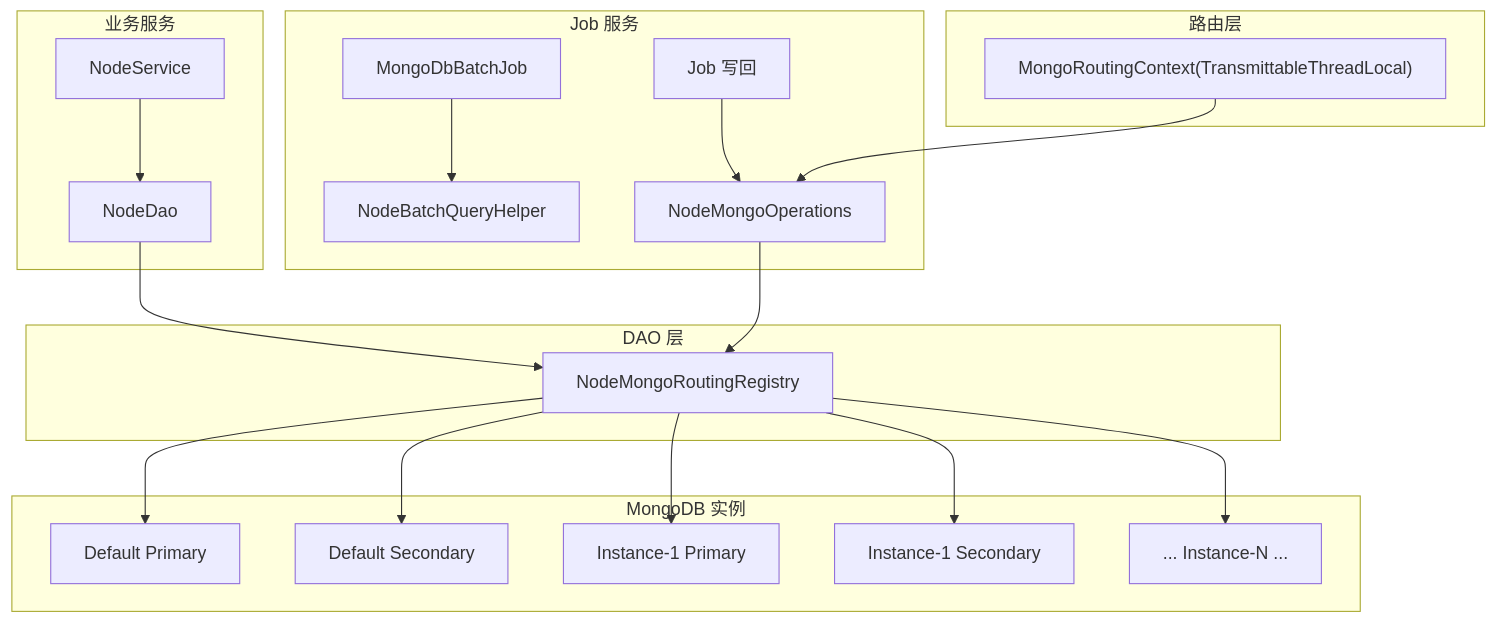
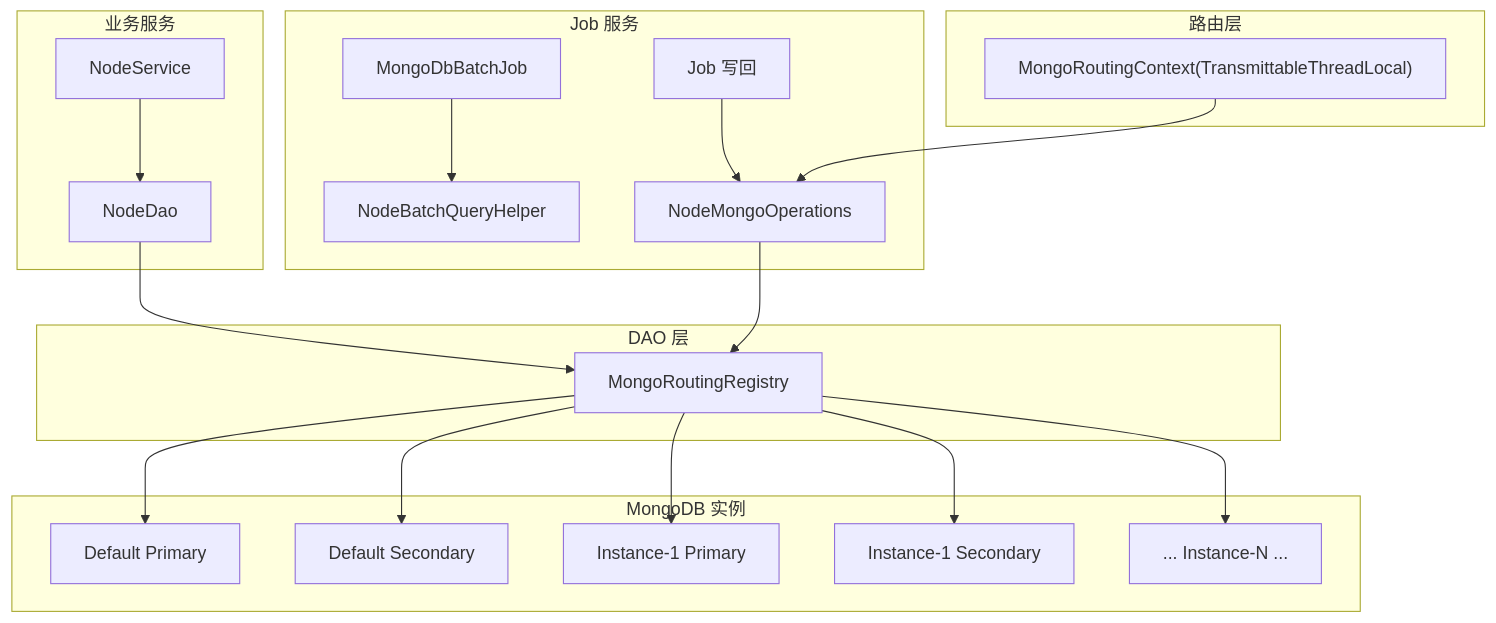
One commit to TencentBlueKing/bk-repo changed the first of 20 diagrams in docs/specification/mongodb-node-sharding-pattern2-node.md. Above: the diagram before and after it, drawn with Mermaid. The commit also changed other lines of this file and 92 other files, not shown here.

````diff
--- a/docs/specification/mongodb-node-sharding-pattern2-node.md
+++ b/docs/specification/mongodb-node-sharding-pattern2-node.md
@@ -87,29 +87,29 @@
 ```mermaid
 flowchart TD
     subgraph app [业务服务]
         NodeService --> NodeDao
     end
     subgraph dao [DAO 层]
         NodeDao --> RoutingRegistry
     end
     subgraph job [Job 服务]
         MongoDbBatchJob --> NodeBatchQueryHelper
         JobWrite["Job 写回"] --> NodeMongoOperations
     end
     subgraph routing [路由层]
-        RoutingRegistry["NodeMongoRoutingRegistry"]
+        RoutingRegistry["MongoRoutingRegistry"]
         NodeMongoOperations["NodeMongoOperations"]
         NodeRoutingContext["MongoRoutingContext(TransmittableThreadLocal)"]
     end
     subgraph mongo [MongoDB 实例]
         DefaultPrimary["Default Primary"]
         DefaultSecondary["Default Secondary"]
         Heavy1Primary["Instance-1 Primary"]
         Heavy1Secondary["Instance-1 Secondary"]
         HeavyN["... Instance-N ..."]
     end
     RoutingRegistry --> DefaultPrimary & DefaultSecondary
     RoutingRegistry --> Heavy1Primary & Heavy1Secondary & HeavyN
     NodeMongoOperations --> RoutingRegistry
     NodeRoutingContext --> NodeMongoOperations
 ```
````
